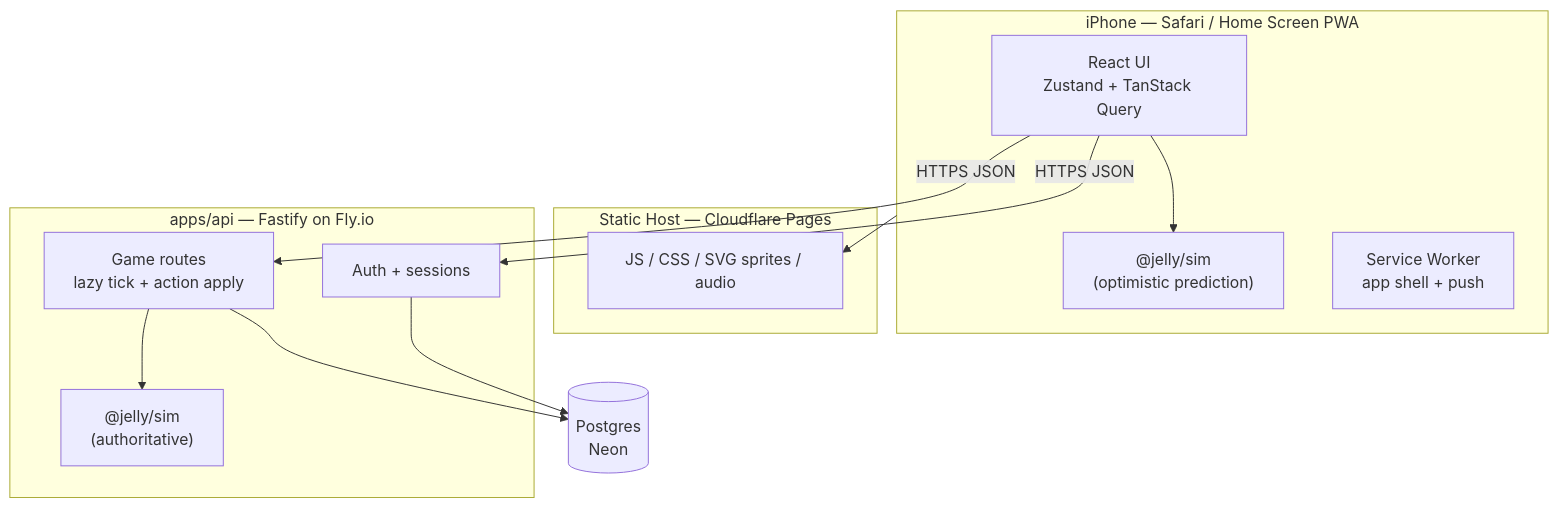
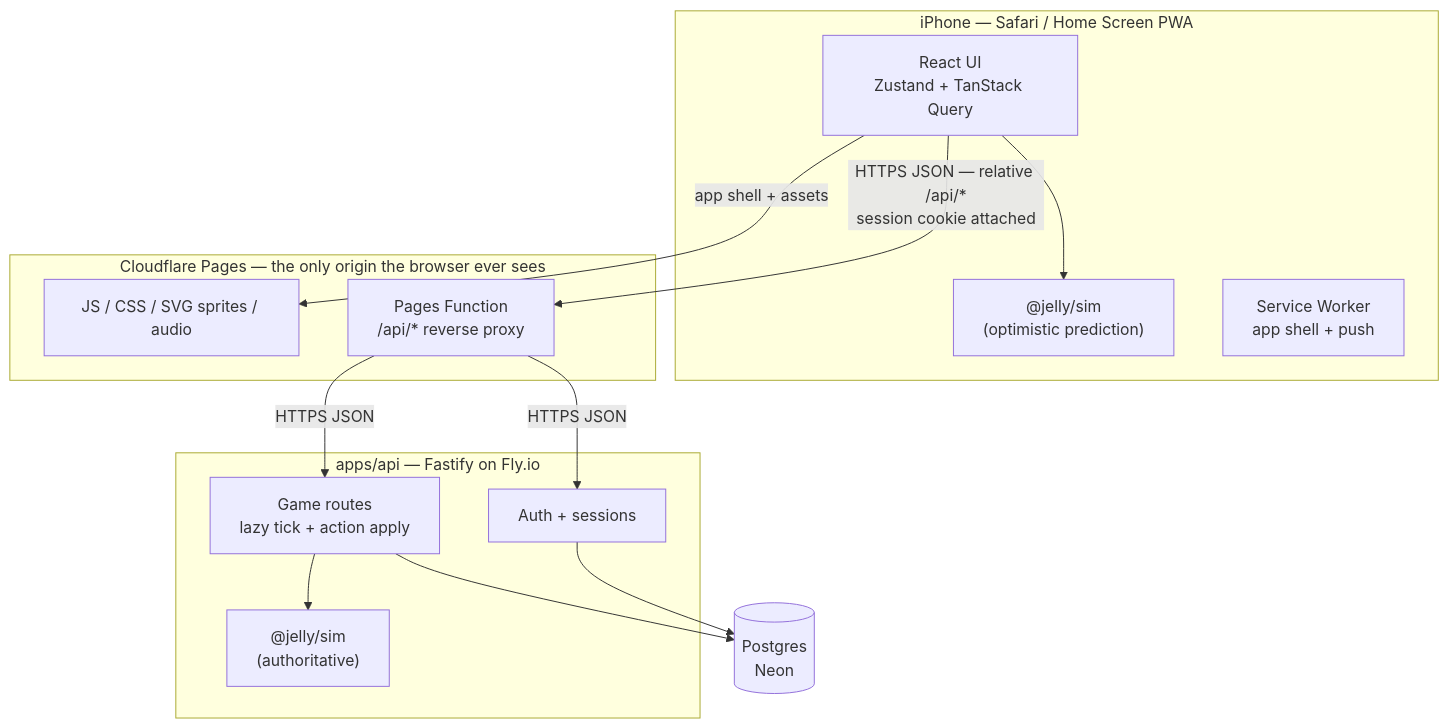
One commit to farrellm/jelly-sim changed the diagram in DESIGN.md. Above: the diagram before and after it, drawn with Mermaid. The commit also changed other lines of this file, not shown here.

Commit message:
Show the Pages proxy in the §3 architecture diagram
§14 now explains that the browser must only ever see one origin, but §3
still drew the UI calling Fastify on Fly directly — which is the
deployment that does not work. Someone reading the overview diagram and
building from it would produce the anonymous-request bug the previous
commit was written to prevent.

The Pages Function joins the edge subgraph, the API edges route through
it, and the edge labels carry the reason: relative /api/* with the
session cookie attached.

Rendered with mermaid-cli to confirm it parses and reads correctly. The
asset edge is anchored to the UI node rather than the Device subgraph
because mermaid drops labels on subgraph-sourced edges, which left an
unlabelled arrow that looked like it came from the proxy.

Claude-Session: https://claude.ai/code/session_01BXNq4T4xr2h7pDsXJZUiWK

````diff
--- a/DESIGN.md
+++ b/DESIGN.md
@@ -101,28 +101,30 @@
 ```mermaid
 graph TB
   subgraph Device["iPhone — Safari / Home Screen PWA"]
     UI["React UI<br/>Zustand + TanStack Query"]
     SIM1["@jelly/sim<br/>(optimistic prediction)"]
     SW["Service Worker<br/>app shell + push"]
     UI --> SIM1
   end
 
-  subgraph Edge["Static Host — Cloudflare Pages"]
+  subgraph Edge["Cloudflare Pages — the only origin the browser ever sees"]
     ASSETS["JS / CSS / SVG sprites / audio"]
+    PROXY["Pages Function<br/>/api/* reverse proxy"]
   end
 
   subgraph Server["apps/api — Fastify on Fly.io"]
     AUTH["Auth + sessions"]
     GAME["Game routes<br/>lazy tick + action apply"]
     SIM2["@jelly/sim<br/>(authoritative)"]
     GAME --> SIM2
   end
 
   DB[("Postgres<br/>Neon")]
 
-  UI -->|HTTPS JSON| AUTH
-  UI -->|HTTPS JSON| GAME
-  Device --> ASSETS
+  UI -->|app shell + assets| ASSETS
+  UI -->|"HTTPS JSON — relative /api/*<br/>session cookie attached"| PROXY
+  PROXY -->|HTTPS JSON| AUTH
+  PROXY -->|HTTPS JSON| GAME
   AUTH --> DB
   GAME --> DB
 ```
````
